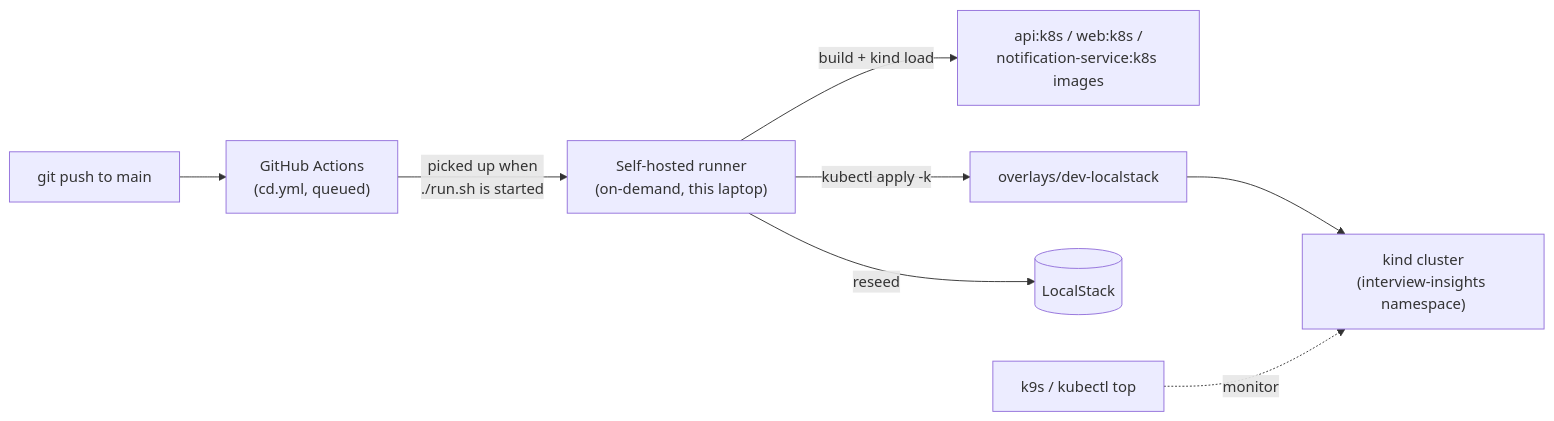
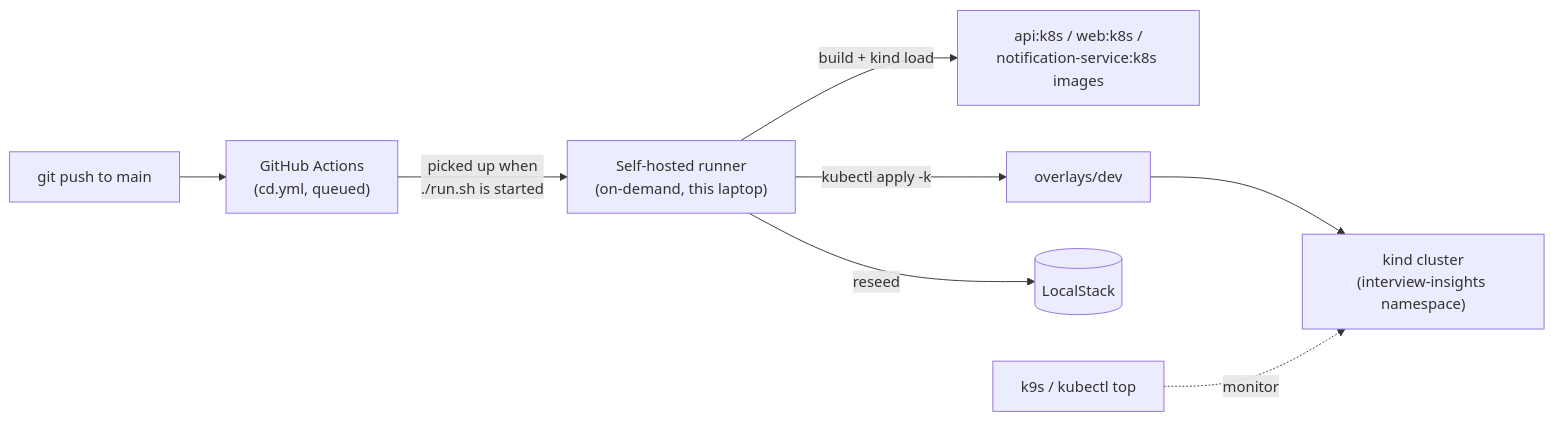
Before and after one commit to GowthamSiddarth/interview-insights: the second of 2 diagrams in docs/ARCHITECTURE.md, drawn with Mermaid. The commit also changed other lines of this file and 31 other files, not shown here.

First line of the commit message:
feat: extend LocalStack Secrets Manager to every remaining secret, fold dev-localstack into dev (#466)

````diff
--- a/docs/ARCHITECTURE.md
+++ b/docs/ARCHITECTURE.md
@@ -57,10 +60,10 @@
 ```mermaid
 flowchart LR
     DEV["git push to main"] --> GH["GitHub Actions\n(cd.yml, queued)"]
     GH -->|picked up when\n./run.sh is started| RUNNER["Self-hosted runner\n(on-demand, this laptop)"]
     RUNNER -->|build + kind load| IMAGES["api:k8s / web:k8s /\nnotification-service:k8s images"]
-    RUNNER -->|kubectl apply -k| OVERLAY["overlays/dev-localstack"]
+    RUNNER -->|kubectl apply -k| OVERLAY["overlays/dev"]
     OVERLAY --> CLUSTER["kind cluster\n(interview-insights namespace)"]
     RUNNER -->|reseed| LS2[("LocalStack")]
     K9S["k9s / kubectl top"] -.->|monitor| CLUSTER
 ```
````
